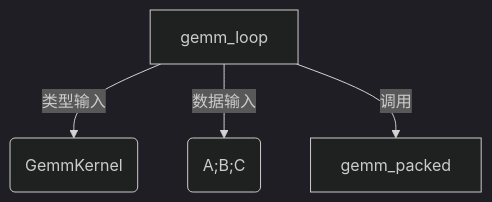
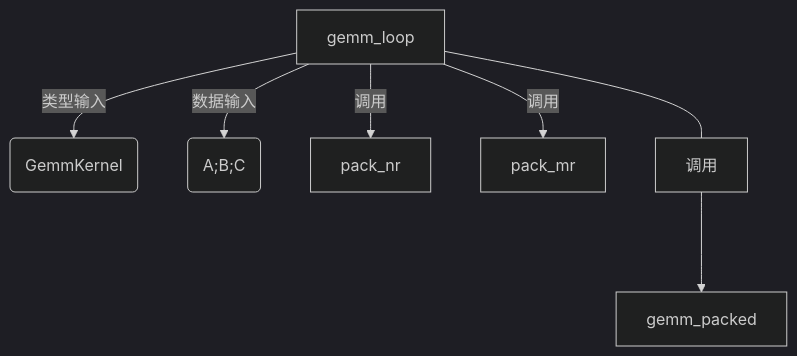
The diagram in 编译原理/rust学习.md (xiaoniaoyouhuajiang/ClassNotebook), drawn with Mermaid (dark theme) before and after one commit. The commit also changed other lines of this file and 4 other files, not shown here.

````diff
--- a/编译原理/rust学习.md
+++ b/编译原理/rust学习.md
@@ -489,7 +491,9 @@
 ```mermaid
 graph TD
 	A[gemm_loop] --类型输入--> B1(GemmKernel)
 	A[gemm_loop] --数据输入--> B2(A;B;C)
-    A[gemm_loop] --调用--> B3[gemm_packed]
+	A[gemm_loop] --调用--> B3[pack_nr]
+	A[gemm_loop] --调用--> B4[pack_mr]
+    A[gemm_loop] ---调用---> C1[gemm_packed]
 
 ```
````
